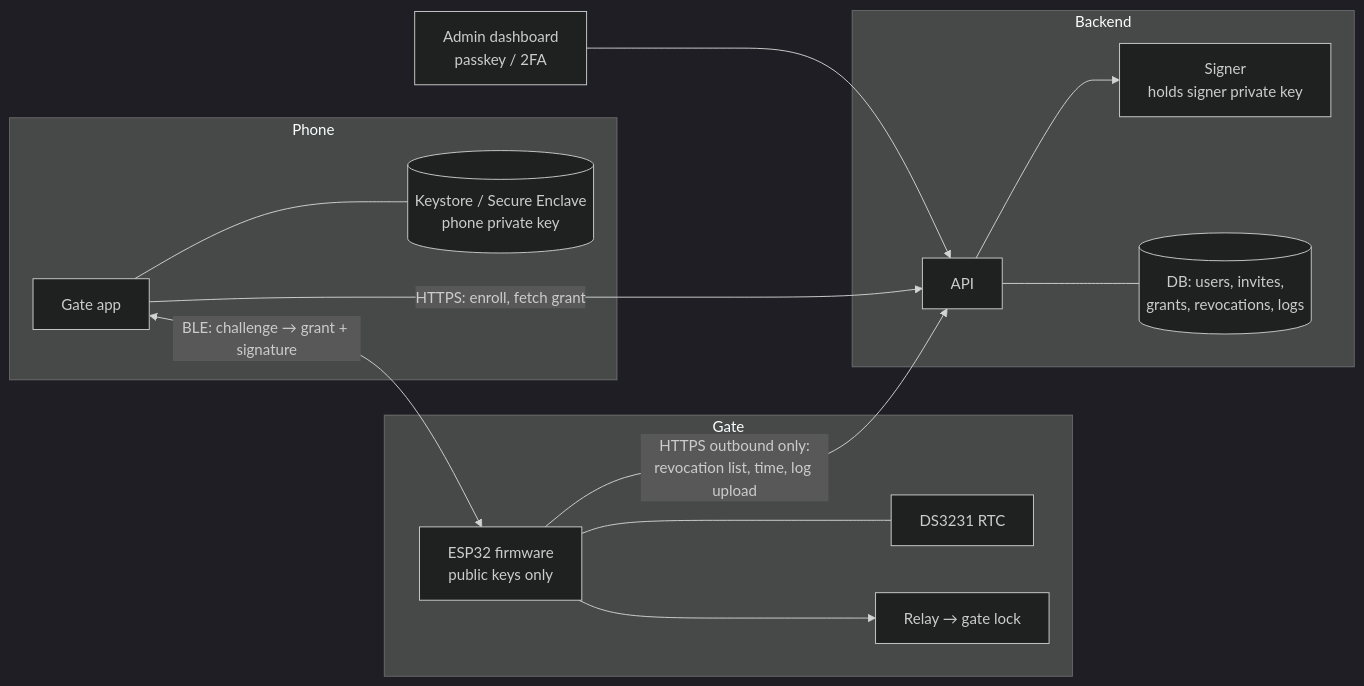
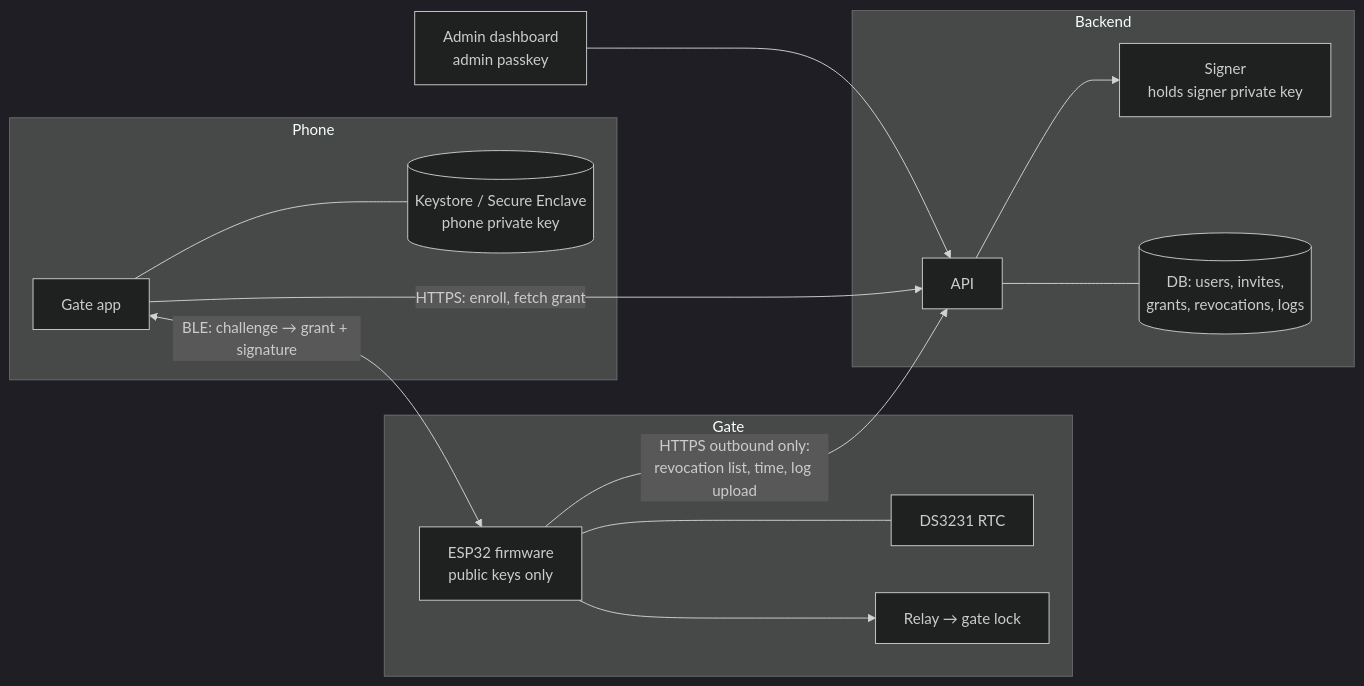
The first of 2 diagrams in docs/design.md (actuate-sst/actuateGuard), drawn with Mermaid (dark theme) before and after one commit. The commit also changed other lines of this file, not shown here.

Commit message:
Require admin passkey approval before the signer issues grants

````diff
--- a/docs/design.md
+++ b/docs/design.md
@@ -34,30 +34,30 @@
 ```mermaid
 flowchart LR
     subgraph Phone
         APP[Gate app]
         KS[(Keystore / Secure Enclave<br/>phone private key)]
         APP --- KS
     end
 
     subgraph Gate
         ESP[ESP32 firmware<br/>public keys only]
         RTC[DS3231 RTC]
         RELAY[Relay → gate lock]
         ESP --- RTC
         ESP --> RELAY
     end
 
     subgraph Backend
         API[API]
         SIGNER[Signer<br/>holds signer private key]
         DB[(DB: users, invites,<br/>grants, revocations, logs)]
         API --- DB
         API --> SIGNER
     end
 
-    DASH[Admin dashboard<br/>passkey / 2FA] --> API
+    DASH[Admin dashboard<br/>admin passkey] --> API
 
     APP <-- "BLE: challenge → grant + signature" --> ESP
     APP -- "HTTPS: enroll, fetch grant" --> API
     ESP -- "HTTPS outbound only:<br/>revocation list, time, log upload" --> API
 ```
````
